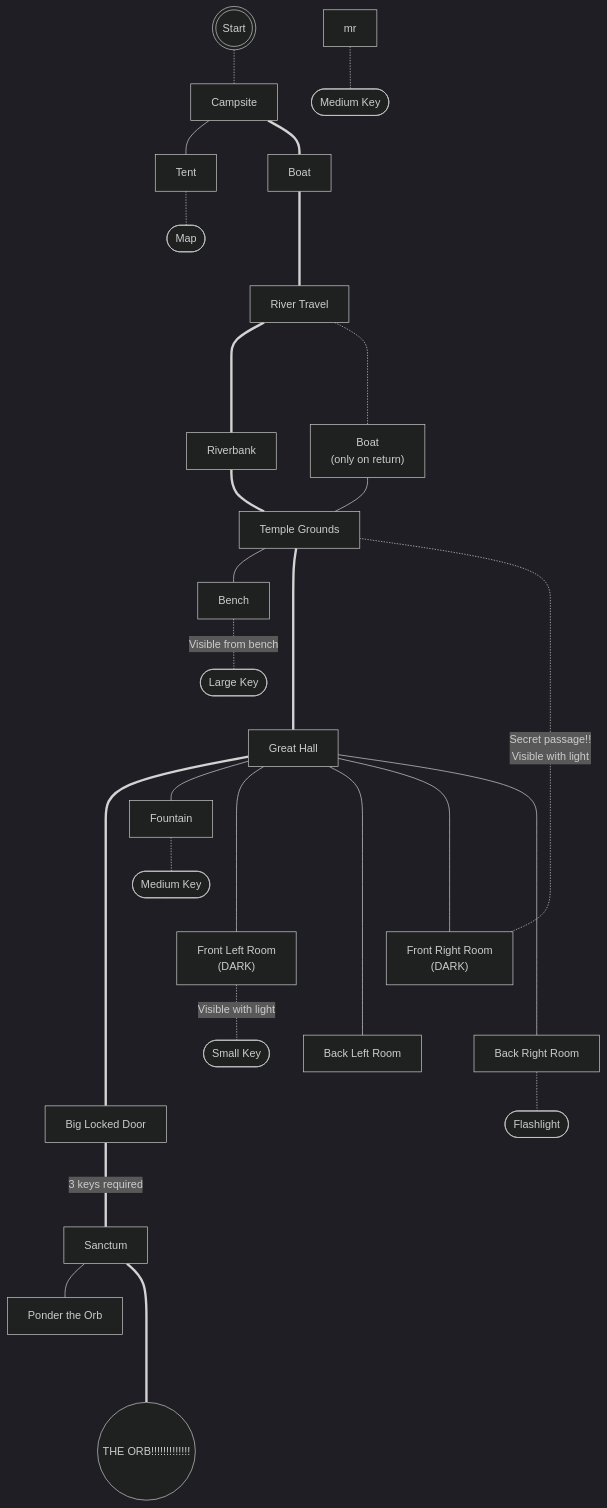
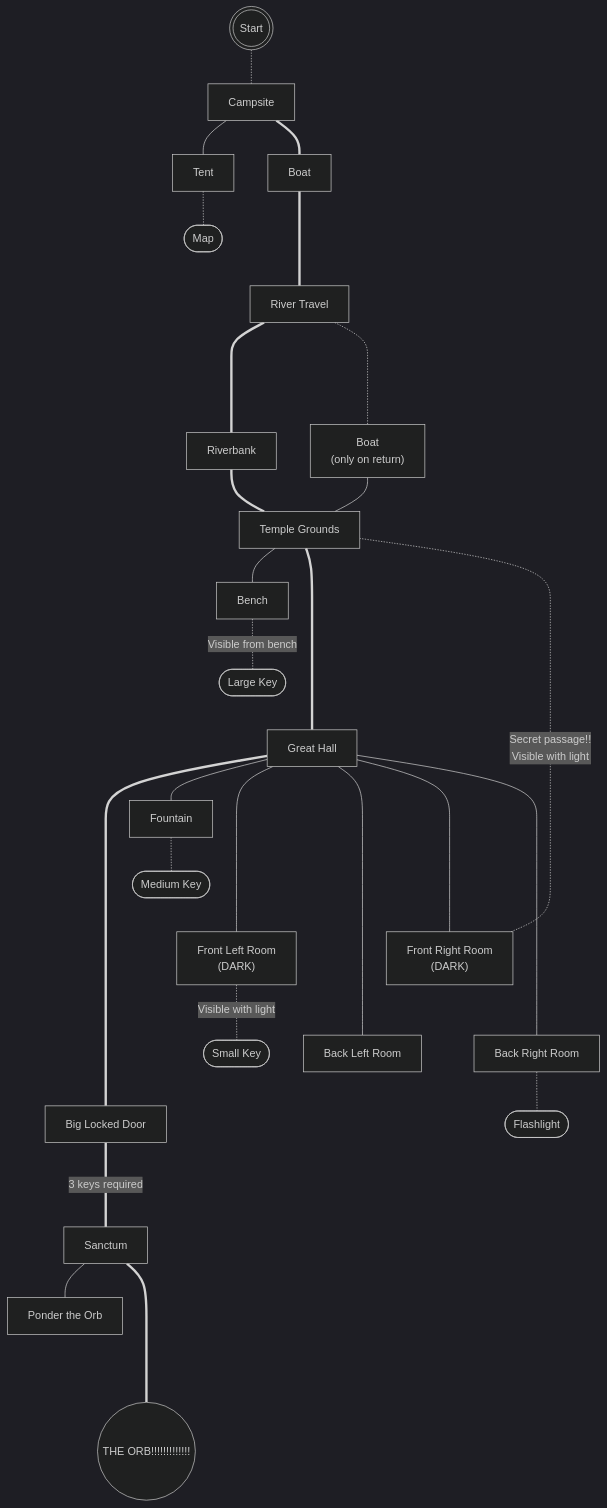
Before and after one commit to UnPolloLoco/UnPolloLoco.github.io: the diagram in projects/game/README.md, drawn with Mermaid (dark theme).

Commit message:
Fixed readme diagram

````diff
--- a/projects/game/README.md
+++ b/projects/game/README.md
@@ -13,39 +13,38 @@
 ```mermaid
 graph TD;
     s(((Start))) -.- Campsite
     Campsite --- Tent
     Tent -.- mnc(["Map"])
     Campsite === Boat
     Boat ==== river["River Travel"]
     river =====  Riverbank
 
     Riverbank === grounds["Temple Grounds"]
     river -.- b2["Boat
                 (only on return)"] --- grounds
     grounds --- Bench
     Bench -.-|Visible from bench| large(["Large Key"])
     grounds ===== hall["Great Hall"]
 
     hall ======= door["Big Locked Door"]
     hall --- Fountain -.- med(["Medium Key"])
 
     hall ----- fl["Front Left Room 
                  (DARK)"]
     hall ------ bl["Back Left Room"]
     hall ----- fr["Front Right Room
                  (DARK)"]
     hall ------ br["Back Right Room"]
 
 
     fr -.-|Secret passage!!
            Visible with light| grounds
     fl -.-|Visible with light| small(["Small Key"])
-    mr -.- medium(["Medium Key"])
     br -.- lant([Flashlight])
 
 
 
     door ====|3 keys required| Sanctum
     Sanctum --- admire["Ponder the Orb"]
     Sanctum ===== orb(("THE ORB!!!!!!!!!!!!!"))
 ```
````
